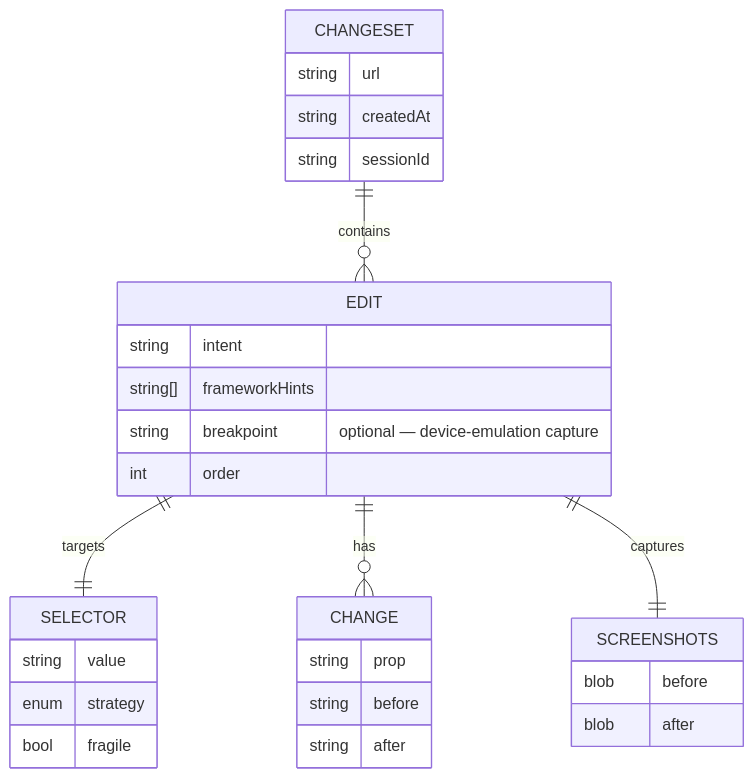
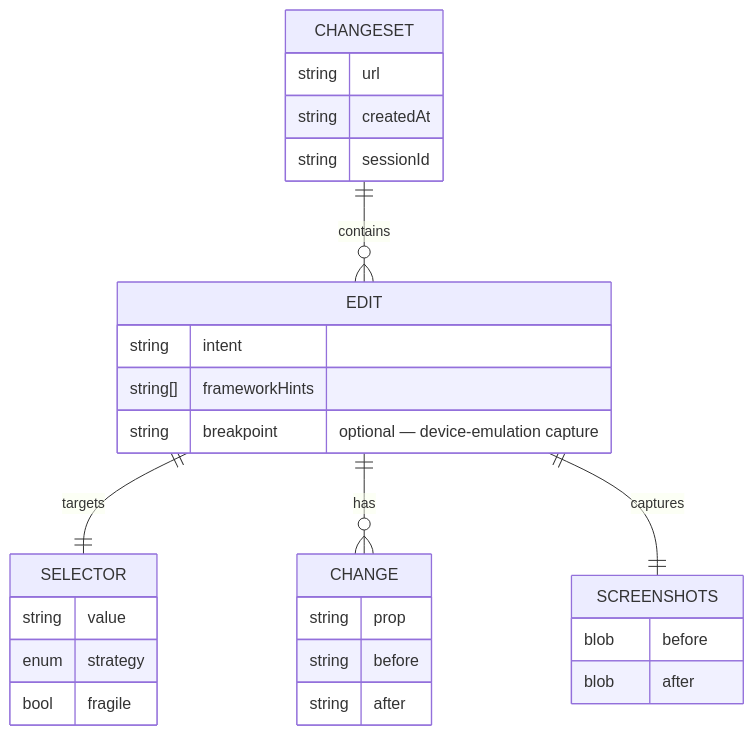
One commit to developerz-ai/ai-designer changed the diagram in docs/architecture/changeset.md. Above: the diagram before and after it, drawn with Mermaid. The commit also changed other lines of this file and 17 other files, not shown here.

````diff
--- a/docs/architecture/changeset.md
+++ b/docs/architecture/changeset.md
@@ -7,33 +7,32 @@
 ```mermaid
 erDiagram
     CHANGESET ||--o{ EDIT : contains
     EDIT ||--|| SELECTOR : targets
     EDIT ||--o{ CHANGE : has
     EDIT ||--|| SCREENSHOTS : captures
 
     CHANGESET {
         string url
         string createdAt
         string sessionId
     }
     EDIT {
         string intent
         string[] frameworkHints
         string breakpoint "optional — device-emulation capture"
-        int order
     }
     SELECTOR {
         string value
         enum strategy
         bool fragile
     }
     CHANGE {
         string prop
         string before
         string after
     }
     SCREENSHOTS {
         blob before
         blob after
     }
 ```
````
